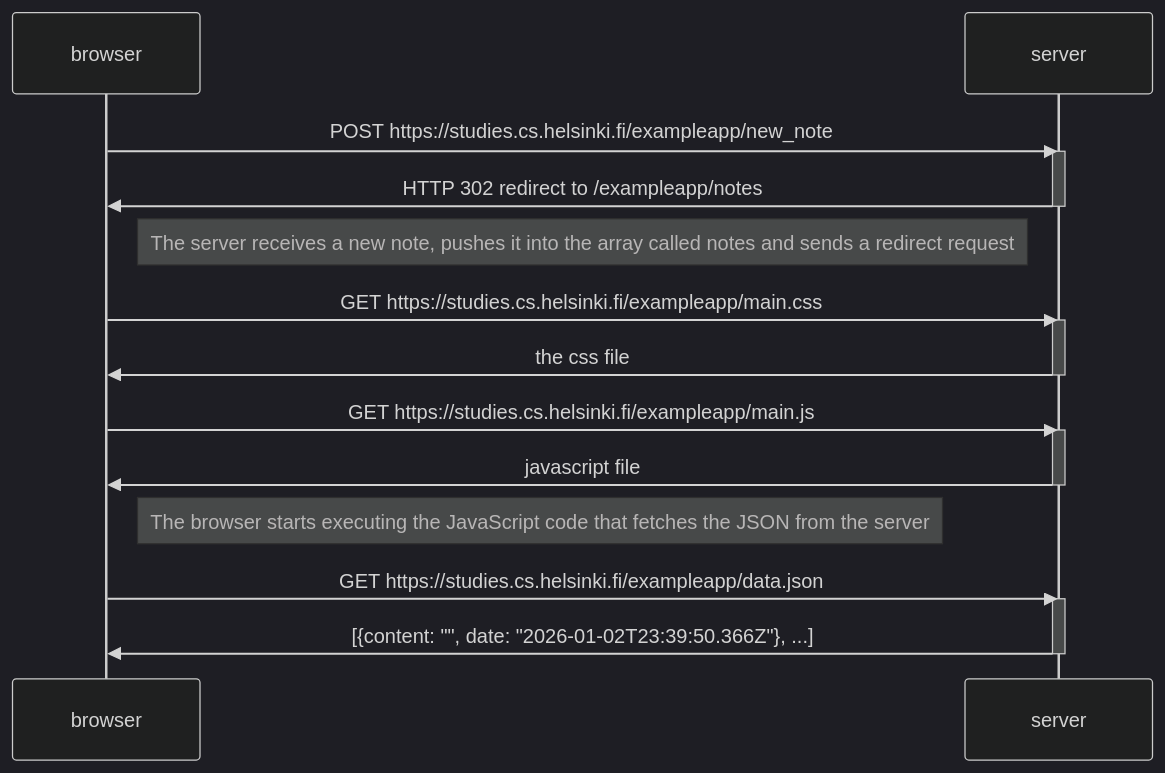
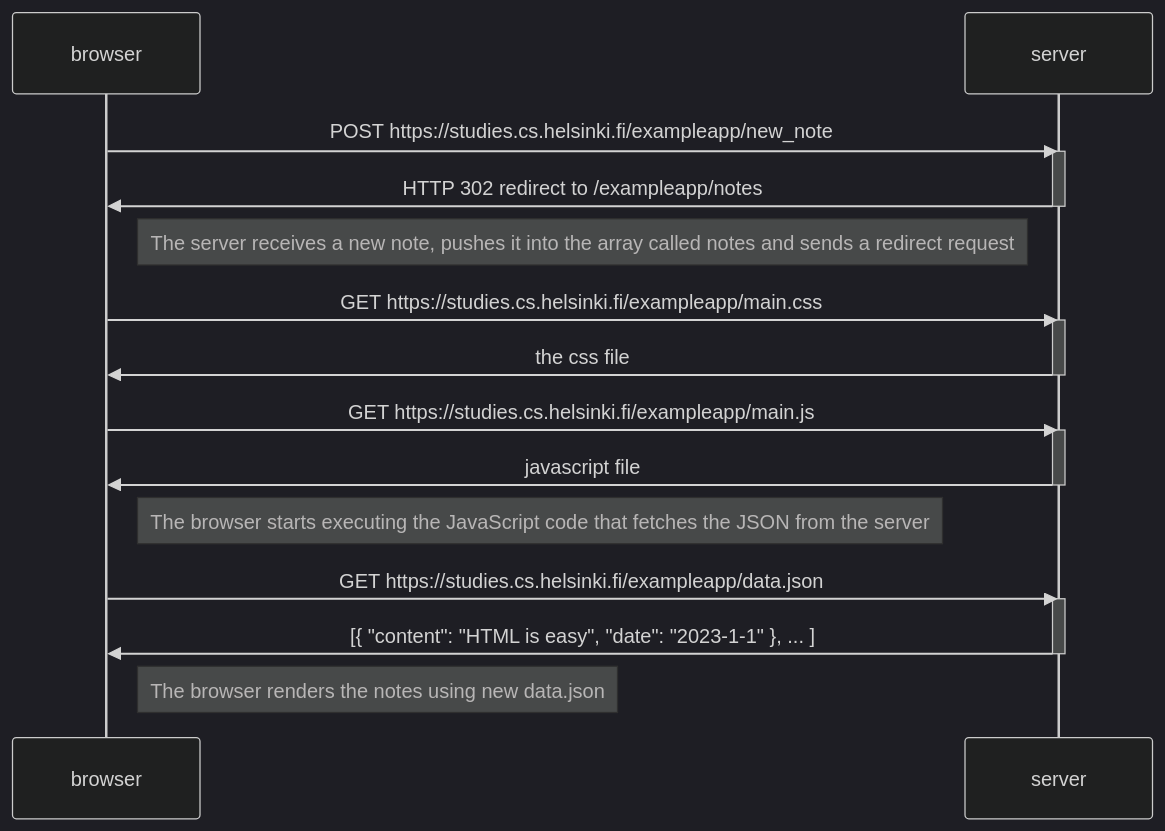
One commit to Voler07/fullstackopen changed the diagram in part0/exercise04.md. Above: the diagram before and after it, drawn with Mermaid (dark theme). The commit also changed 1 other file, not shown here.

Commit message:
finish part0

````diff
--- a/part0/exercise04.md
+++ b/part0/exercise04.md
@@ -1,30 +1,32 @@
 ```mermaid
 
 sequenceDiagram
     participant browser
     participant server
 
     browser->>server: POST https://studies.cs.helsinki.fi/exampleapp/new_note
     activate server
     server->>browser: HTTP 302 redirect to /exampleapp/notes
     deactivate server
 
     Note left of server: The server receives a new note, pushes it into the array called notes and sends a redirect request
 
     browser->>server: GET https://studies.cs.helsinki.fi/exampleapp/main.css
     activate server
     server->>browser: the css file
     deactivate server
 
     browser->>server: GET https://studies.cs.helsinki.fi/exampleapp/main.js
     activate server
     server->>browser: javascript file
     deactivate server
 
     Note right of browser: The browser starts executing the JavaScript code that fetches the JSON from the server
 
     browser->>server: GET https://studies.cs.helsinki.fi/exampleapp/data.json
     activate server
-    server->>browser: [{content: "", date: "2026-01-02T23:39:50.366Z"}, ...]
+    server->>browser: [{ "content": "HTML is easy", "date": "2023-1-1" }, ... ]
     deactivate server
+
+    Note right of browser: The browser renders the notes using new data.json
 ```
````
